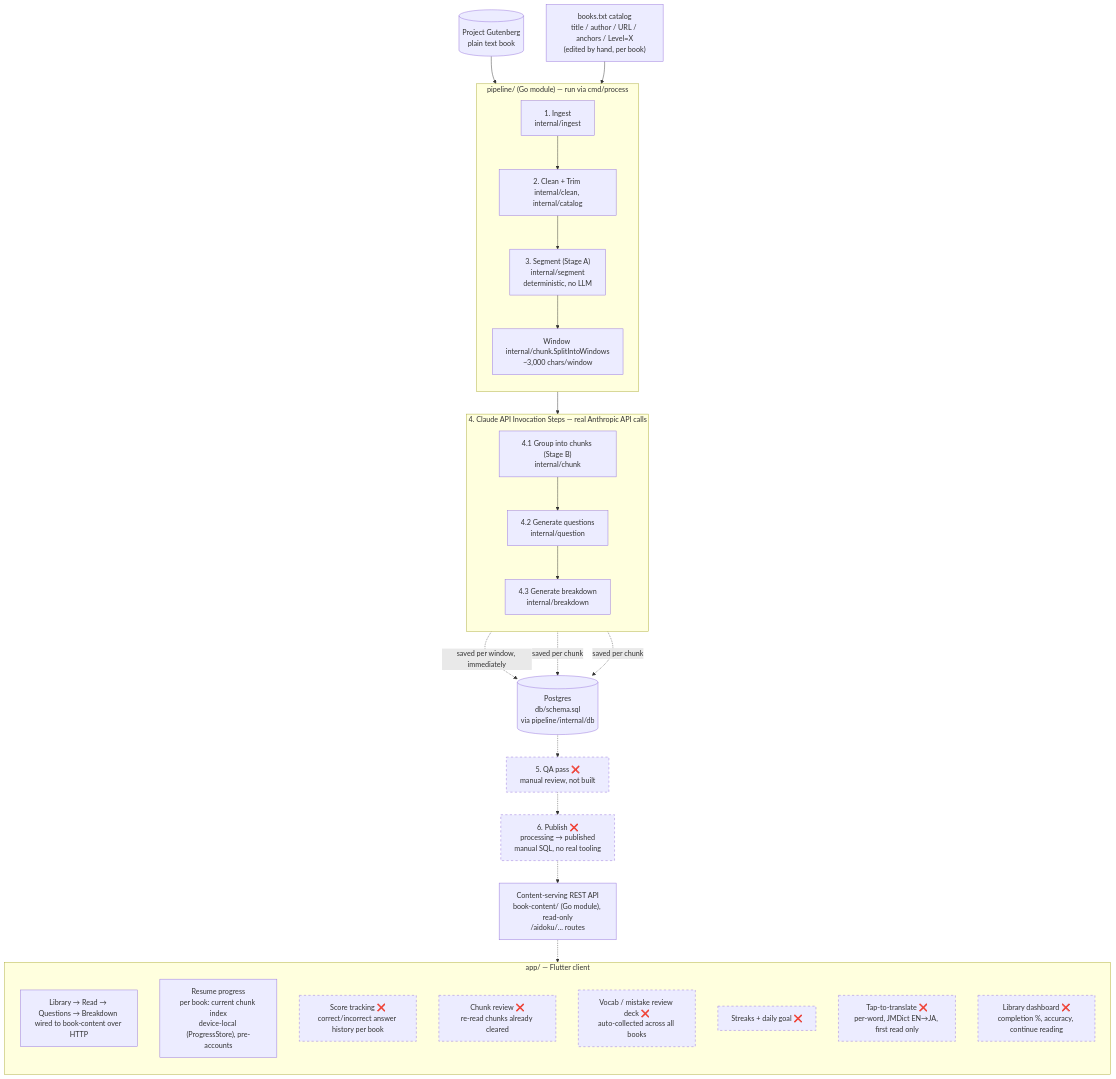
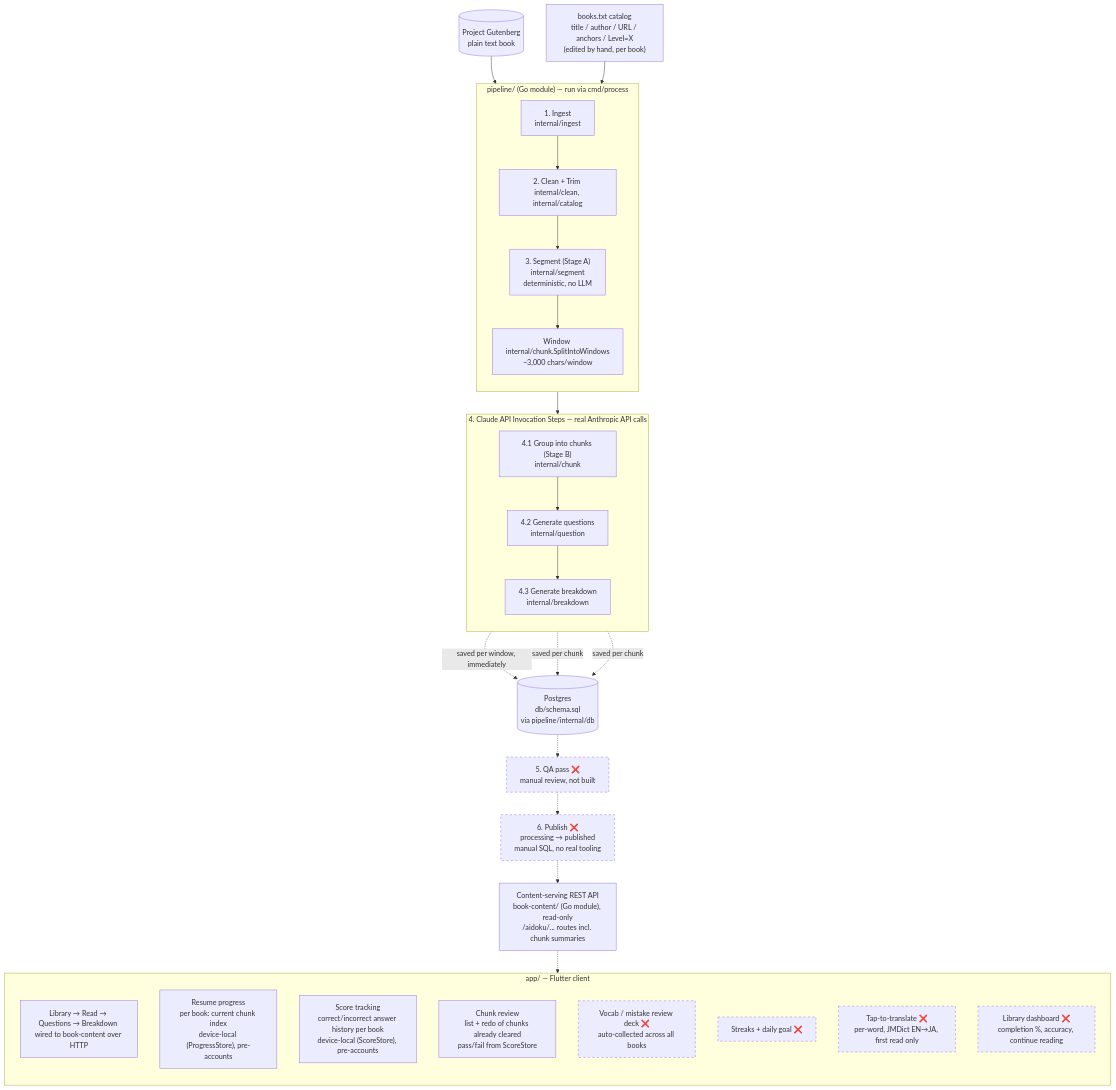
One commit to devdanielroy/project-aidoku changed the diagram in README.md. Above: the diagram before and after it, drawn with Mermaid. The commit also changed other lines of this file and 27 other files, not shown here.

````diff
--- a/README.md
+++ b/README.md
@@ -37,53 +39,53 @@
 ```mermaid
 flowchart TD
     GB[("Project Gutenberg<br/>plain text book")]
     BT["books.txt catalog<br/>title / author / URL / anchors / Level=X<br/>(edited by hand, per book)"]
 
     subgraph pipeline["pipeline/ (Go module) — run via cmd/process"]
         direction TB
         ING["1. Ingest <br/>internal/ingest"]
         CLN["2. Clean + Trim <br/>internal/clean, internal/catalog"]
         SEG["3. Segment (Stage A) <br/>internal/segment<br/>deterministic, no LLM"]
         WIN["Window <br/>internal/chunk.SplitIntoWindows<br/>~3,000 chars/window"]
         ING --> CLN --> SEG --> WIN
     end
 
     subgraph claude["4. Claude API Invocation Steps — real Anthropic API calls"]
         direction TB
         GRP["4.1 Group into chunks (Stage B)<br/>internal/chunk"]
         Q["4.2 Generate questions<br/>internal/question"]
         BRK["4.3 Generate breakdown<br/>internal/breakdown"]
         GRP --> Q --> BRK
     end
 
     DB[("Postgres <br/>db/schema.sql<br/>via pipeline/internal/db")]
 
     QA["5. QA pass ❌<br/>manual review, not built"]
     PUB["6. Publish ❌<br/>processing → published<br/>manual SQL, no real tooling"]
-    API["Content-serving REST API<br/>book-content/ (Go module), read-only<br/>/aidoku/... routes"]
+    API["Content-serving REST API<br/>book-content/ (Go module), read-only<br/>/aidoku/... routes incl. chunk summaries"]
 
     subgraph client["app/ — Flutter client"]
       direction TB
         UI["Library → Read → Questions → Breakdown <br/>wired to book-content over HTTP"]
         RESUME["Resume progress<br/>per book: current chunk index<br/>device-local (ProgressStore), pre-accounts"]
-        SCORE["Score tracking ❌<br/>correct/incorrect answer history per book"]
-        REVIEW["Chunk review ❌<br/>re-read chunks already cleared"]
+        SCORE["Score tracking<br/>correct/incorrect answer history per book<br/>device-local (ScoreStore), pre-accounts"]
+        REVIEW["Chunk review<br/>list + redo of chunks already cleared<br/>pass/fail from ScoreStore"]
         VOCAB["Vocab / mistake review deck ❌<br/>auto-collected across all books"]
         STREAK["Streaks + daily goal ❌"]
         TRANSLATE["Tap-to-translate ❌<br/>per-word, JMDict EN→JA, first read only"]
         DASH["Library dashboard ❌<br/>completion %, accuracy, continue reading"]
     end
 
     GB --> ING
     BT --> CLN
     WIN --> GRP
     GRP -.->|"saved per window, immediately"| DB
     Q -.->|"saved per chunk"| DB
     BRK -.->|"saved per chunk"| DB
     DB -.-> QA -.-> PUB
     PUB -.-> API
     API -.-> UI
 
     classDef notBuilt stroke-dasharray: 5 5
-    class QA,PUB,SCORE,REVIEW,VOCAB,STREAK,DASH,TRANSLATE notBuilt
+    class QA,PUB,VOCAB,STREAK,DASH,TRANSLATE notBuilt
 ```
````
